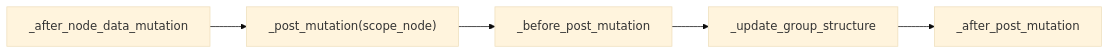
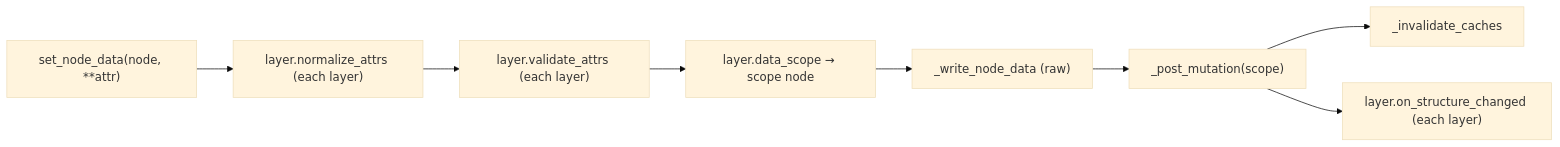
Before and after one commit to kr4g/Klotho: the third of 6 diagrams in docs/architecture/01_TOPOS.md, drawn with Mermaid (base theme). The commit also changed other lines of this file and 13 other files, not shown here.

First line of the commit message:
Overhaul architecture docs for Klotho 10.x API

````diff
--- a/docs/architecture/01_TOPOS.md
+++ b/docs/architecture/01_TOPOS.md
@@ -249,7 +307,10 @@
 ```mermaid
 flowchart LR
-    A["_after_node_data_mutation"] --> B["_post_mutation(scope_node)"]
-    B --> C["_before_post_mutation"]
-    C --> D["_update_group_structure"]
-    D --> E["_after_post_mutation"]
+    A["set_node_data(node, **attr)"] --> B["layer.normalize_attrs (each layer)"]
+    B --> C["layer.validate_attrs (each layer)"]
+    C --> D["layer.data_scope → scope node"]
+    D --> E["_write_node_data (raw)"]
+    E --> F["_post_mutation(scope)"]
+    F --> G["_invalidate_caches"]
+    F --> H["layer.on_structure_changed (each layer)"]
 ```
````
